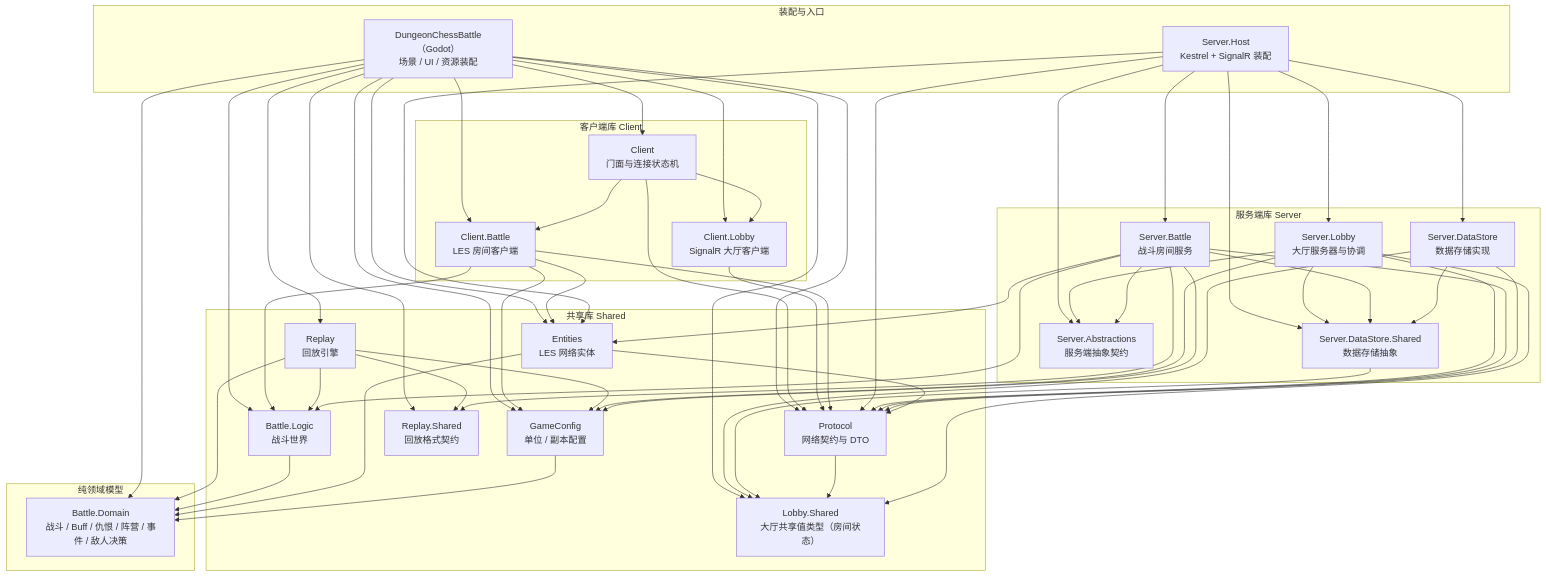
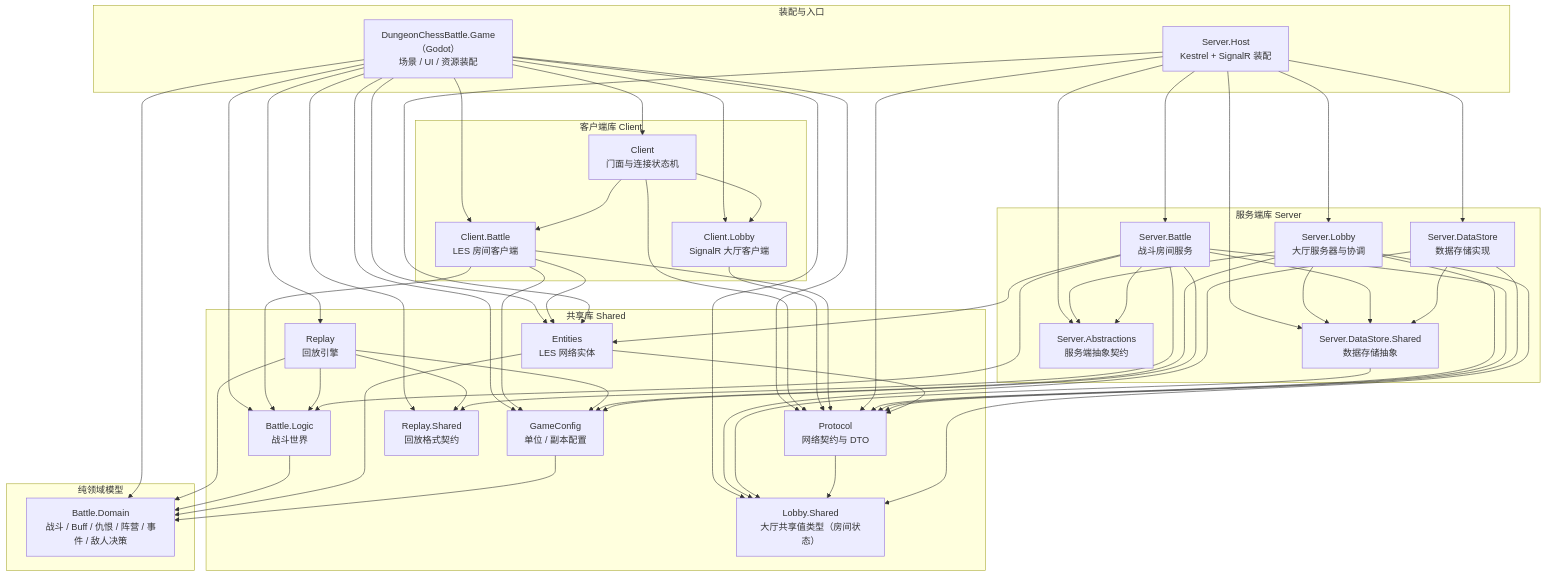
Before and after one commit to DrMelt/dungeon_chess_battle: the diagram in docs/architecture.md, drawn with Mermaid. The commit also changed other lines of this file and 551 other files, not shown here.

Commit message:
DungeonChessBattle项目重命名为DungeonChessBattle.Game

```diff
--- a/docs/architecture.md
+++ b/docs/architecture.md
@@ -12,7 +12,7 @@
 graph TD
     subgraph AppLayer["装配与入口"]
         Host["Server.Host<br>Kestrel + SignalR 装配"]
-        Godot["DungeonChessBattle（Godot）<br>场景 / UI / 资源装配"]
+        Godot["DungeonChessBattle.Game（Godot）<br>场景 / UI / 资源装配"]
     end
 
     subgraph ClientLayer["客户端库 Client"]
```
